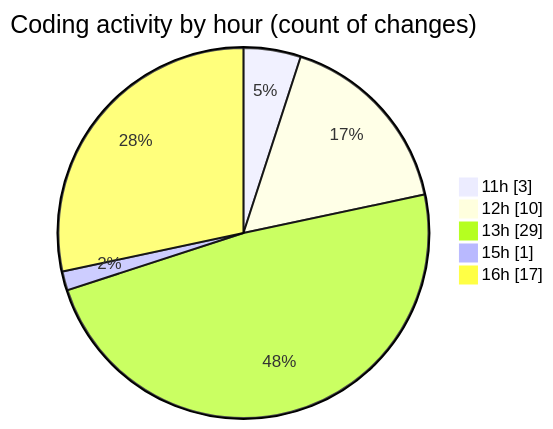
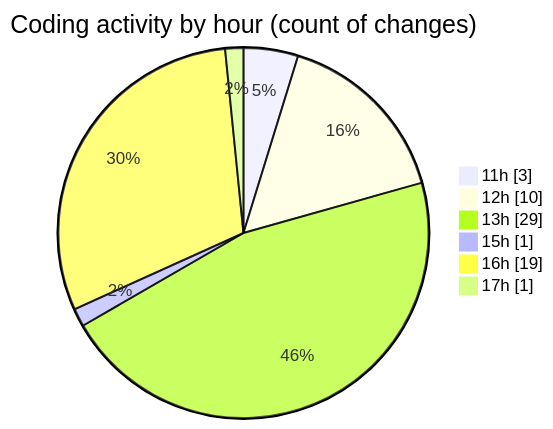
Before and after one commit to nxtqubesakshisongat/code-tracking: the second of 2 diagrams in 2025-09-09/nxtqube_webapp/README.md, drawn with Mermaid. The commit also changed other lines of this file and 1 other file, not shown here.

````diff
--- a/2025-09-09/nxtqube_webapp/README.md
+++ b/2025-09-09/nxtqube_webapp/README.md
@@ -30,9 +30,10 @@
 ```mermaid
 pie showData
 title Coding activity by hour (count of changes)
 "11h" : 3
 "12h" : 10
 "13h" : 29
 "15h" : 1
-"16h" : 17
+"16h" : 19
+"17h" : 1
 ```
````
